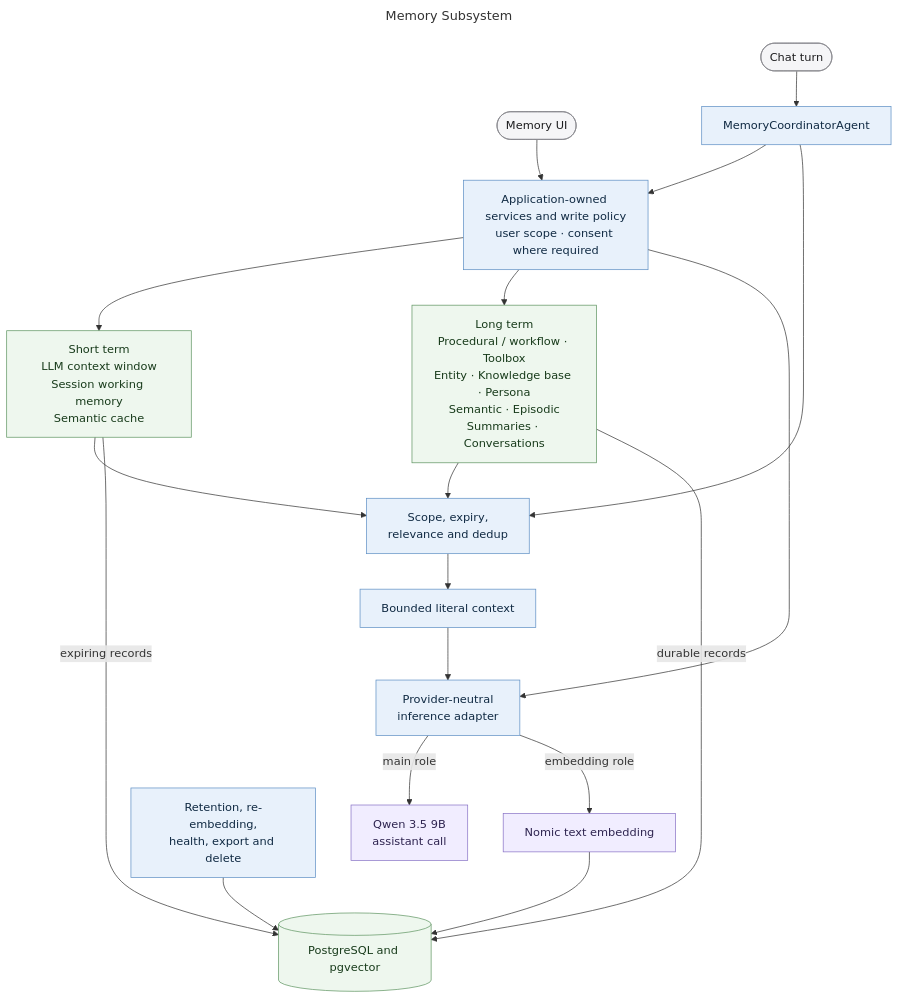
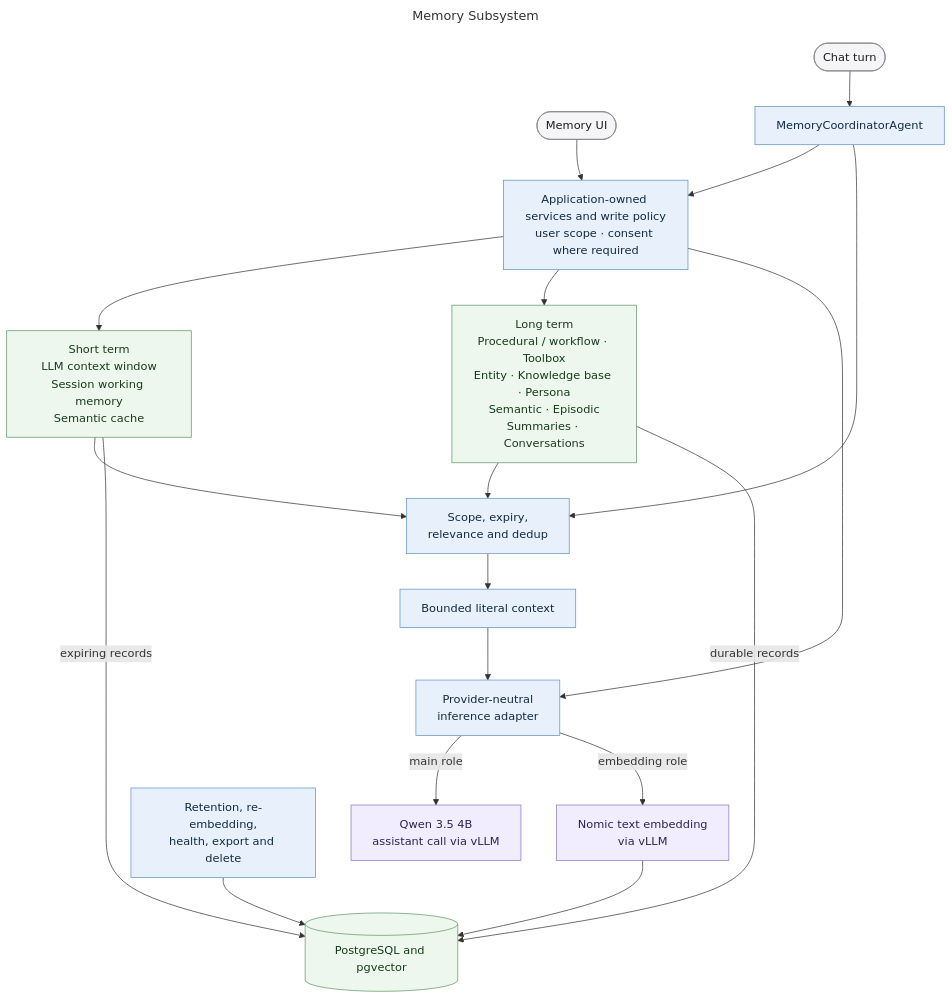
The diagram in docs/diagrams/memory-subsystem.mmd (MallyaAni/PersonalAssistant), drawn with Mermaid before and after one commit. The commit also changed 41 other files, not shown here.

```diff
--- a/docs/diagrams/memory-subsystem.mmd
+++ b/docs/diagrams/memory-subsystem.mmd
@@ -1,46 +1,46 @@
 ---
 title: Memory Subsystem
 ---
 flowchart TB
     Chat([Chat turn])
     UI([Memory UI])
 
     Coordinator[MemoryCoordinatorAgent]
     Services[Application-owned services and write policy<br/>user scope · consent where required]
     Retrieval[Scope, expiry,<br/>relevance and dedup]
     Context[Bounded literal context]
 
     Short[Short term<br/>LLM context window<br/>Session working memory<br/>Semantic cache]
     Long[Long term<br/>Procedural / workflow · Toolbox<br/>Entity · Knowledge base · Persona<br/>Semantic · Episodic<br/>Summaries · Conversations]
 
     Inference[Provider-neutral<br/>inference adapter]
-    TextEmbed[Nomic text embedding]
+    TextEmbed[Nomic text embedding<br/>via vLLM]
     Database[(PostgreSQL and pgvector)]
     Maintenance[Retention, re-embedding,<br/>health, export and delete]
 
-    Main[Qwen 3.5 9B<br/>assistant call]
+    Main[Qwen 3.5 4B<br/>assistant call via vLLM]
 
     Chat --> Coordinator
     UI --> Services
     Coordinator --> Services
     Services --> Short
     Services --> Long
     Coordinator --> Retrieval
     Short --> Retrieval
     Long --> Retrieval
     Retrieval --> Context --> Inference
     Inference -->|main role| Main
     Services --> Inference
     Inference -->|embedding role| TextEmbed --> Database
     Short -->|expiring records| Database
     Long -->|durable records| Database
     Maintenance --> Database
 
     classDef interface fill:#f5f5f7,stroke:#86868b,color:#1d1d1f;
     classDef application fill:#e8f1fb,stroke:#5e8fc4,color:#102a43;
     classDef data fill:#eef7ee,stroke:#5f9562,color:#183b1b;
     classDef model fill:#f1edff,stroke:#8872c6,color:#2e2450;
     class Chat,UI interface;
     class Coordinator,Services,Retrieval,Context,Inference,Maintenance application;
     class Short,Long,Database data;
     class TextEmbed,Main model;
```
